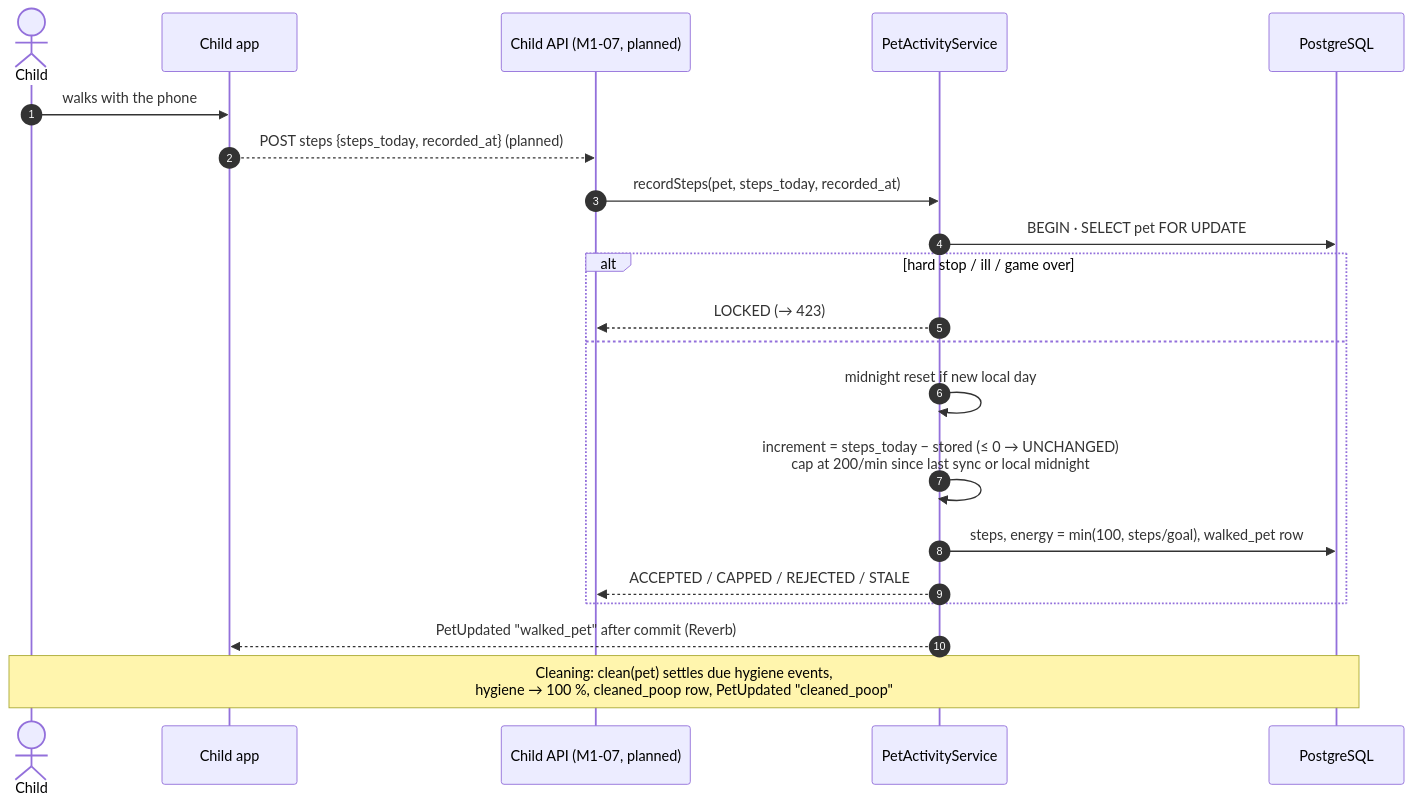
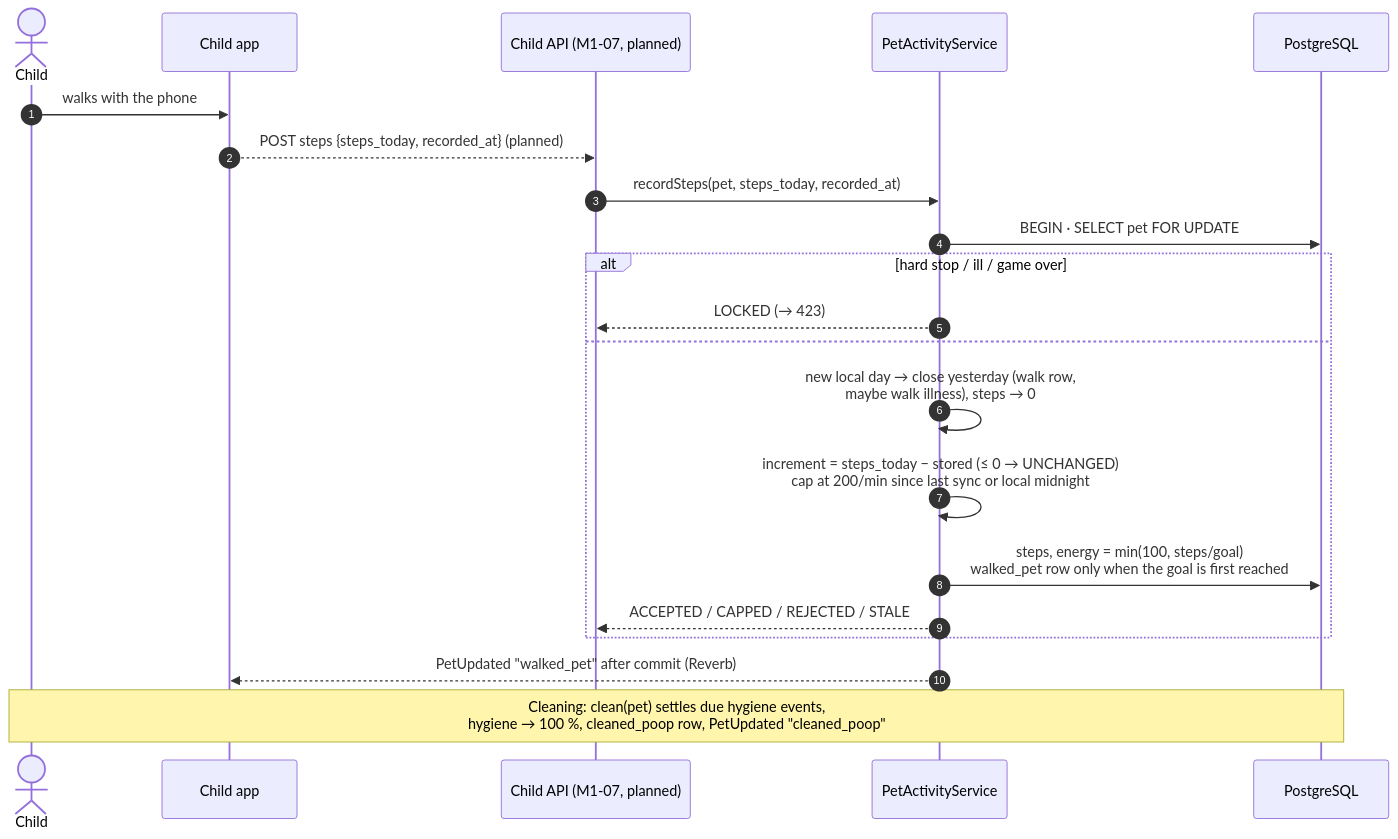
One commit to DataVallis/pet-prep changed the sixth of 8 diagrams in docs/engineering/DIAGRAMS.md. Above: the diagram before and after it, drawn with Mermaid. The commit also changed other lines of this file and 9 other files, not shown here.

First line of the commit message:
docs: illness recovery and daily walk rule (spec, decisions, diagrams) [M1-04, M1-05, M1-06]

````diff
--- a/docs/engineering/DIAGRAMS.md
+++ b/docs/engineering/DIAGRAMS.md
@@ -117,23 +138,23 @@
 ```mermaid
 sequenceDiagram
   autonumber
   actor Child
   participant App as Child app
   participant API as Child API (M1-07, planned)
   participant S as PetActivityService
   participant DB as PostgreSQL
   Child->>App: walks with the phone
   App-->>API: POST steps {steps_today, recorded_at} (planned)
   API->>S: recordSteps(pet, steps_today, recorded_at)
   S->>DB: BEGIN · SELECT pet FOR UPDATE
   alt hard stop / ill / game over
     S-->>API: LOCKED (→ 423)
   else
-    S->>S: midnight reset if new local day
+    S->>S: new local day → close yesterday (walk row,<br/>maybe walk illness), steps → 0
     S->>S: increment = steps_today − stored (≤ 0 → UNCHANGED)<br/>cap at 200/min since last sync or local midnight
-    S->>DB: steps, energy = min(100, steps/goal), walked_pet row
+    S->>DB: steps, energy = min(100, steps/goal)<br/>walked_pet row only when the goal is first reached
     S-->>API: ACCEPTED / CAPPED / REJECTED / STALE
   end
   S-->>App: PetUpdated "walked_pet" after commit (Reverb)
   Note over Child,DB: Cleaning: clean(pet) settles due hygiene events,<br/>hygiene → 100 %, cleaned_poop row, PetUpdated "cleaned_poop"
 ```
````
